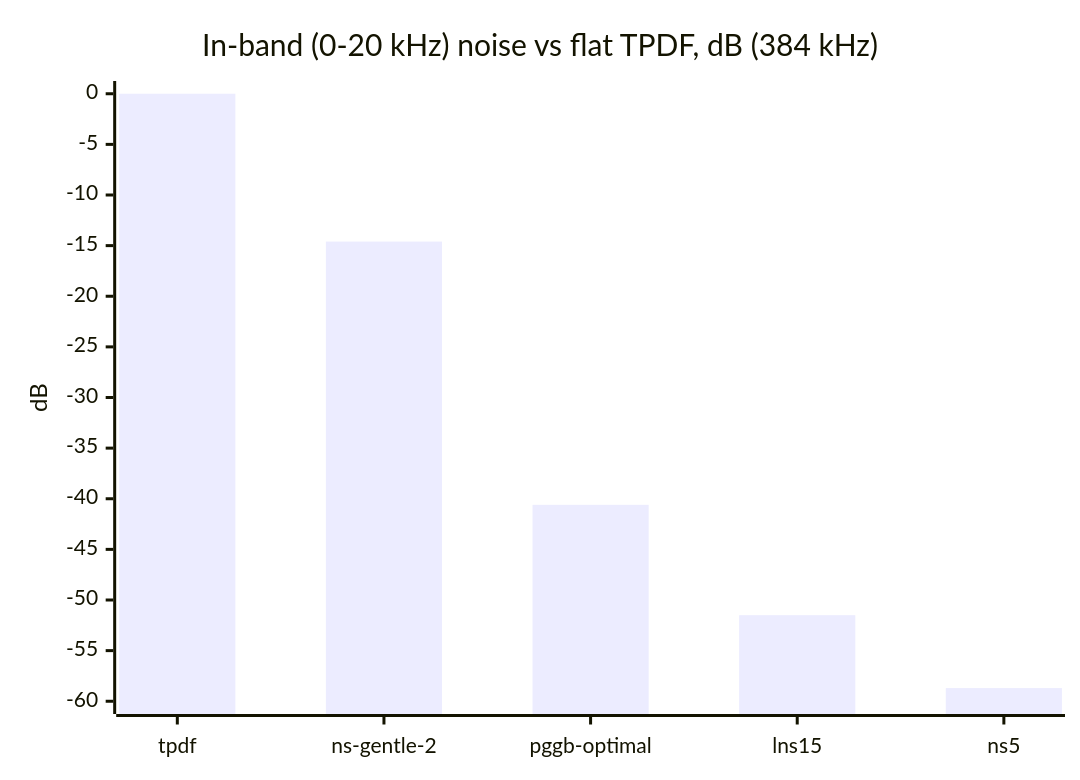
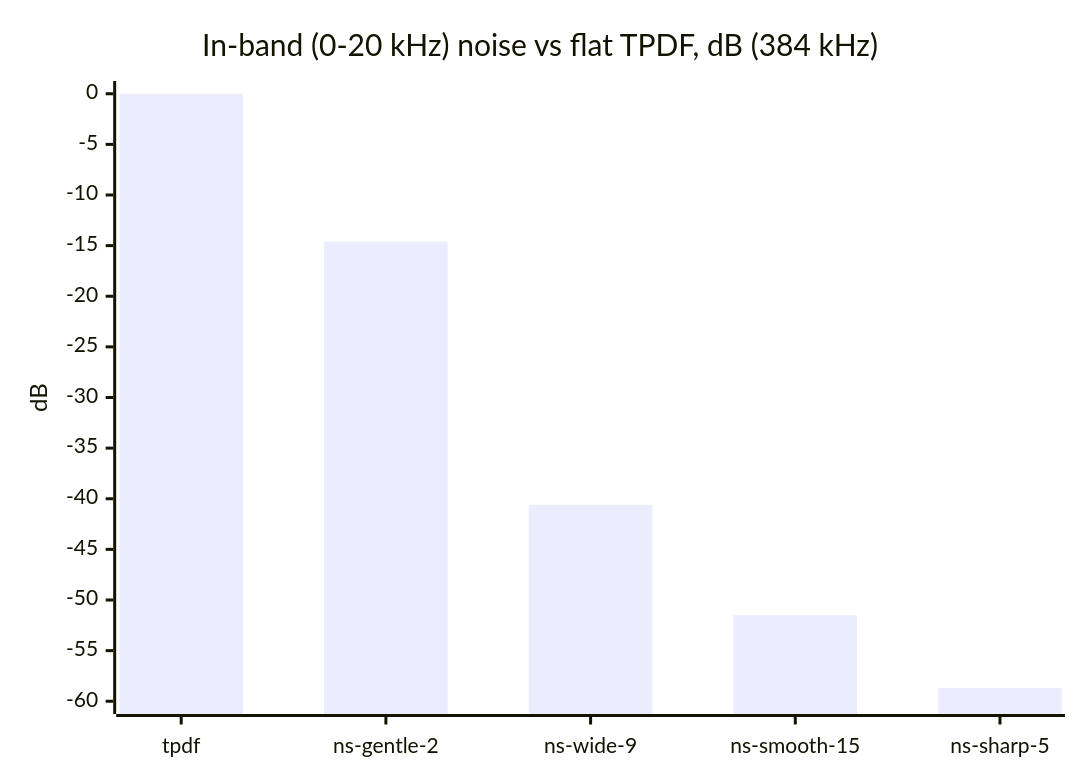
Before and after one commit to androxylo/audiophile_player: the third of 8 diagrams in docs/SOUND_ENGINE.md, drawn with Mermaid. The commit also changed other lines of this file and 17 other files, not shown here.

Commit message:
refactor(shapers): rename noise shapers to clean descriptive names (ns-sharp-5, ns-wide-9, ns-smooth-15)

````diff
--- a/docs/SOUND_ENGINE.md
+++ b/docs/SOUND_ENGINE.md
@@ -82,7 +82,7 @@
 ```mermaid
 xychart-beta
     title "In-band (0-20 kHz) noise vs flat TPDF, dB (384 kHz)"
-    x-axis ["tpdf", "ns-gentle-2", "pggb-optimal", "lns15", "ns5"]
+    x-axis ["tpdf", "ns-gentle-2", "ns-wide-9", "ns-smooth-15", "ns-sharp-5"]
     y-axis "dB" -60 --> 0
     bar [0, -14.6, -40.6, -51.5, -58.7]
 ```
````
